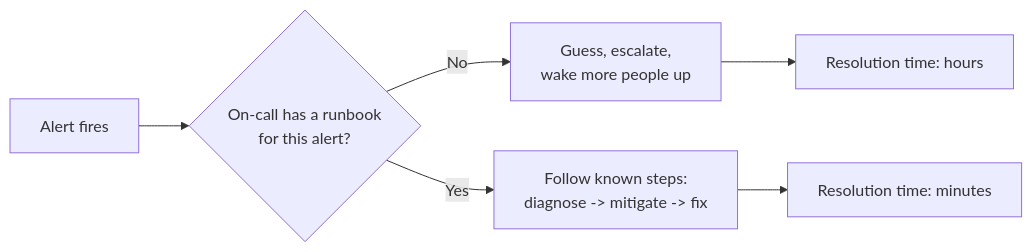
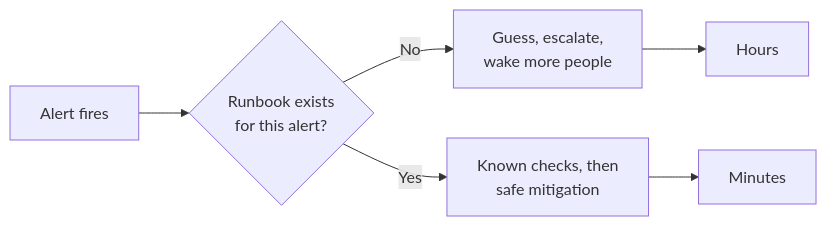
Before and after one commit to francoandreDev/knowledge: the second of 2 diagrams in src/content/git-teamwork/ownership/L2-concept.mdx, drawn with Mermaid. The commit also changed other lines of this file and 3 other files, not shown here.

````diff
--- a/src/content/git-teamwork/ownership/L2-concept.mdx
+++ b/src/content/git-teamwork/ownership/L2-concept.mdx
@@ -87,8 +98,8 @@
 ```mermaid
 flowchart LR
-    A["Alert fires"] --> B{"On-call has a runbook\nfor this alert?"}
-    B -- No --> C["Guess, escalate,\nwake more people up"]
-    B -- Yes --> D["Follow known steps:\ndiagnose -> mitigate -> fix"]
-    C --> E["Resolution time: hours"]
-    D --> F["Resolution time: minutes"]
+    A["Alert fires"] --> B{"Runbook exists\nfor this alert?"}
+    B -- No --> C["Guess, escalate,\nwake more people"]
+    B -- Yes --> D["Known checks, then\nsafe mitigation"]
+    C --> E["Hours"]
+    D --> F["Minutes"]
 ```
````
